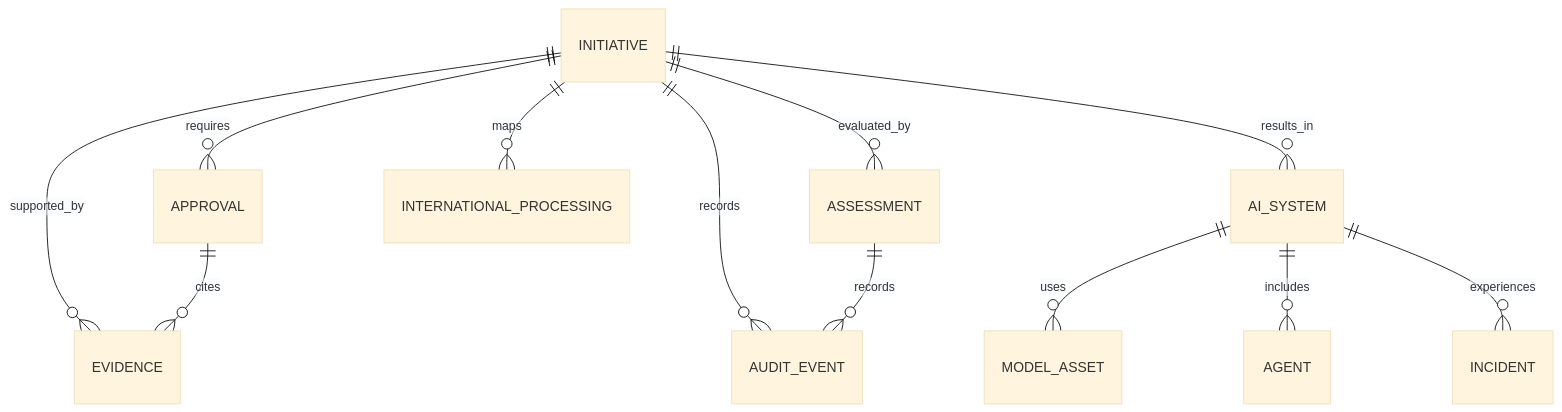
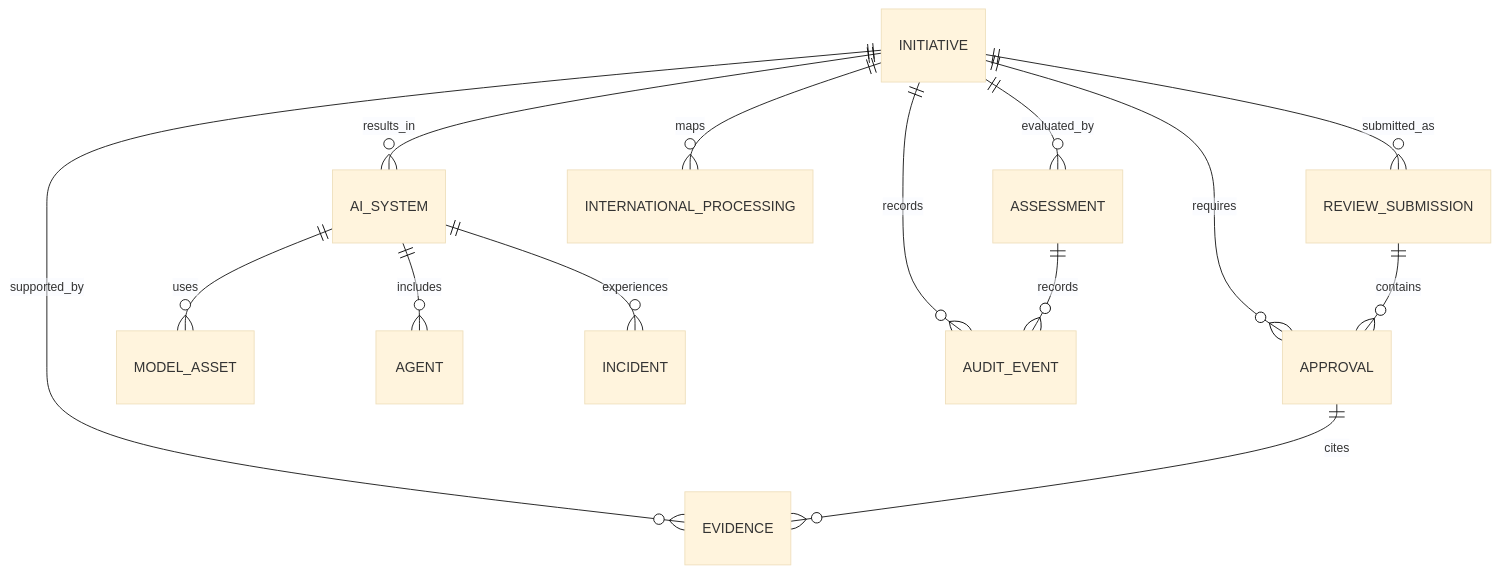
Before and after one commit to brunovicco/verifiable-ai-governance: the third of 3 diagrams in docs/architecture/ARCHITECTURE.md, drawn with Mermaid (base theme). The commit also changed other lines of this file and 23 other files, not shown here.

````diff
--- a/docs/architecture/ARCHITECTURE.md
+++ b/docs/architecture/ARCHITECTURE.md
@@ -126,14 +142,16 @@
 ```mermaid
 erDiagram
   INITIATIVE ||--o{ APPROVAL : requires
+  INITIATIVE ||--o{ REVIEW_SUBMISSION : submitted_as
+  REVIEW_SUBMISSION ||--o{ APPROVAL : contains
   INITIATIVE ||--o{ ASSESSMENT : evaluated_by
   INITIATIVE ||--o{ EVIDENCE : supported_by
   INITIATIVE ||--o{ INTERNATIONAL_PROCESSING : maps
   INITIATIVE ||--o{ AI_SYSTEM : results_in
   AI_SYSTEM ||--o{ MODEL_ASSET : uses
   AI_SYSTEM ||--o{ AGENT : includes
   AI_SYSTEM ||--o{ INCIDENT : experiences
   APPROVAL ||--o{ EVIDENCE : cites
   INITIATIVE ||--o{ AUDIT_EVENT : records
   ASSESSMENT ||--o{ AUDIT_EVENT : records
 ```
````
